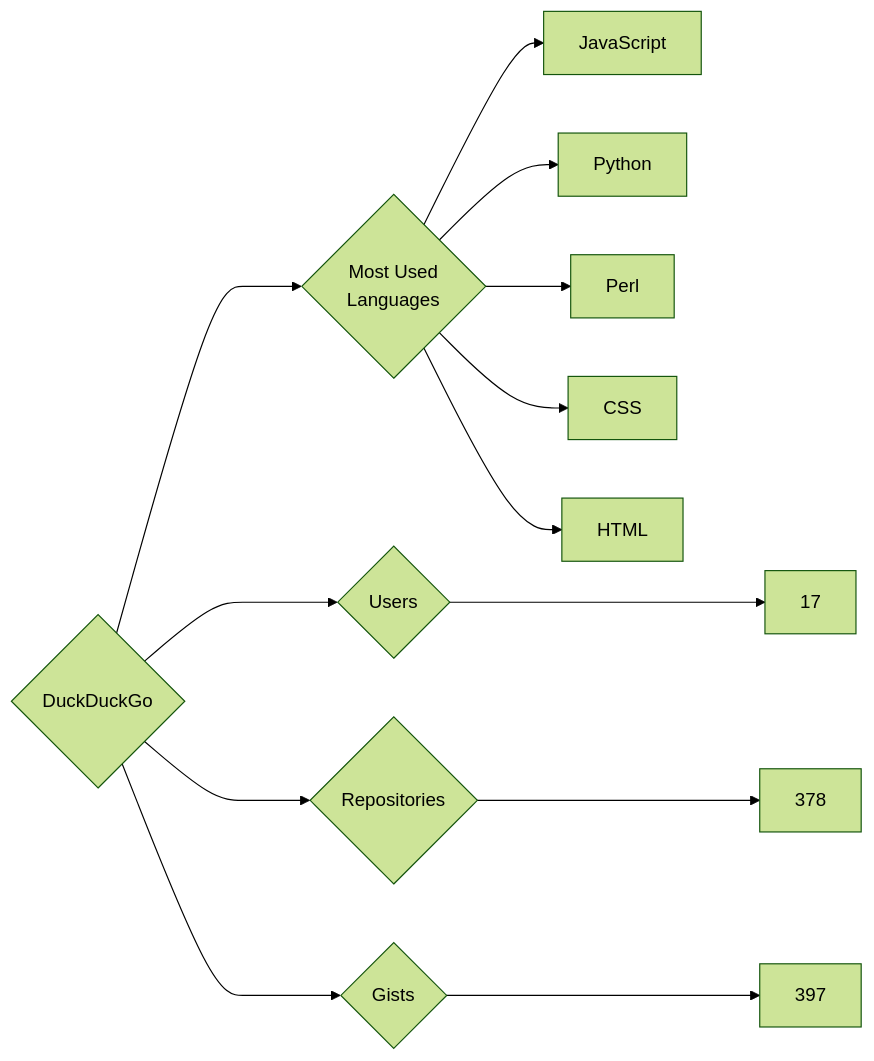
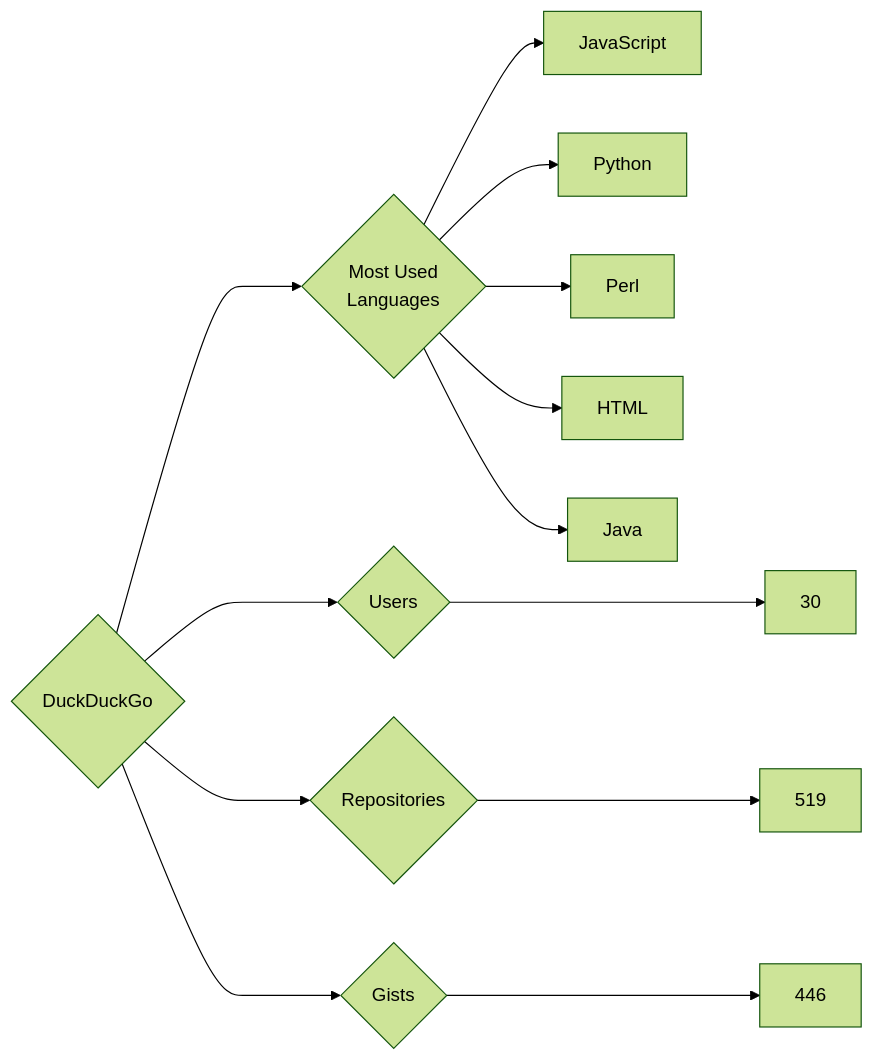
The diagram in targets/DuckDuckGo/README.md (trickest/insiders), drawn with Mermaid (forest theme) before and after one commit. The commit also changed 681 other files, not shown here.

````diff
--- a/targets/DuckDuckGo/README.md
+++ b/targets/DuckDuckGo/README.md
@@ -3,13 +3,13 @@
 ```mermaid
 graph LR
 COMPANY_NAME{DuckDuckGo}
-COMPANY_NAME ---> U{Users} ---> UN[17]
-COMPANY_NAME ---> R{Repositories} ---> RN[378]
-COMPANY_NAME ---> G{Gists} ---> GN[397]
+COMPANY_NAME ---> U{Users} ---> UN[30]
+COMPANY_NAME ---> R{Repositories} ---> RN[519]
+COMPANY_NAME ---> G{Gists} ---> GN[446]
 COMPANY_NAME ---> ML{Most Used<br>Languages}
 ML --> JavaScript[JavaScript]
 ML --> Python[Python]
 ML --> Perl[Perl]
-ML --> CSS[CSS]
 ML --> HTML[HTML]
+ML --> Java[Java]
 ```
````
